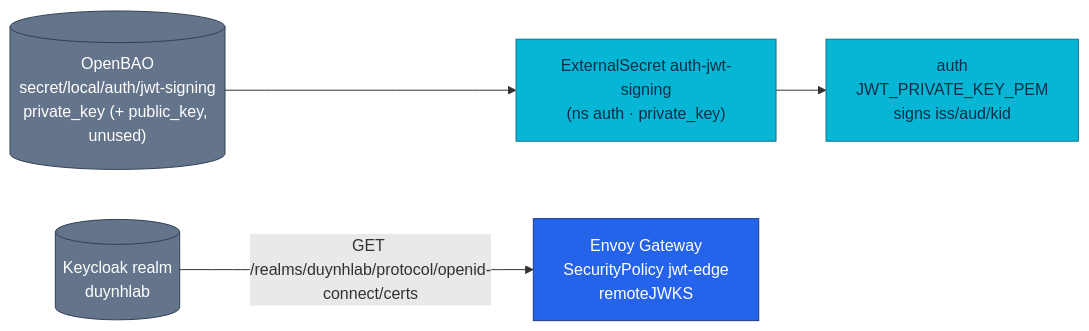
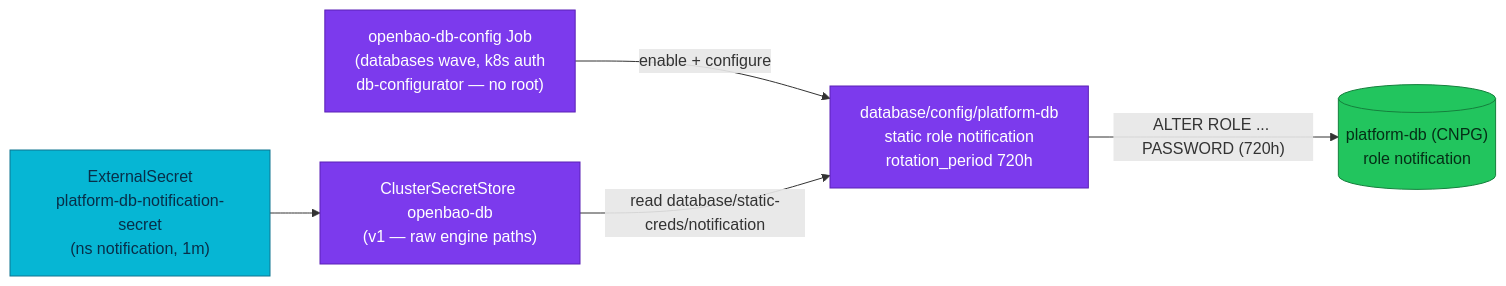
The eighth of 19 diagrams in docs/secrets/openbao.md (duynhlab/homelab), drawn with Mermaid before and after one commit. The commit also changed other lines of this file and 18 other files, not shown here.

````diff
--- a/docs/secrets/openbao.md
+++ b/docs/secrets/openbao.md
@@ -396,15 +431,17 @@
 ```mermaid
 flowchart LR
-  KV[("OpenBAO<br/>secret/local/auth/jwt-signing<br/>private_key (+ public_key, unused)")]
-  ES1["ExternalSecret auth-jwt-signing<br/>(ns auth · private_key)"]
-  AUTH["auth<br/>JWT_PRIVATE_KEY_PEM<br/>signs iss/aud/kid"]
-  KC[("Keycloak realm<br/>duynhlab")]
-  EDGE["Envoy Gateway<br/>SecurityPolicy jwt-edge<br/>remoteJWKS"]
-  KV --> ES1 --> AUTH
-  KC -->|"GET /realms/duynhlab/protocol/openid-connect/certs"| EDGE
+    job["openbao-db-config Job<br/>(databases wave, k8s auth<br/>db-configurator — no root)"]:::platform
+    eng["database/config/platform-db<br/>static role notification<br/>rotation_period 720h"]:::platform
+    pg[("platform-db (CNPG)<br/>role notification")]:::data
+    store["ClusterSecretStore openbao-db<br/>(v1 — raw engine paths)"]:::platform
+    es["ExternalSecret<br/>platform-db-notification-secret<br/>(ns notification, 1m)"]:::service
 
-  classDef external fill:#64748b,color:#fff,stroke:#334155;
-  classDef service fill:#06b6d4,color:#082f49,stroke:#0e7490;
-  classDef edge fill:#2563eb,color:#fff,stroke:#1e3a8a;
-  class KV,KC external; class ES1,AUTH service; class EDGE edge;
+    job -->|"enable + configure"| eng
+    eng -->|"ALTER ROLE ... PASSWORD (720h)"| pg
+    store -->|"read database/static-creds/notification"| eng
+    es --> store
+
+    classDef service fill:#06b6d4,color:#082f49,stroke:#0e7490;
+    classDef platform fill:#7c3aed,color:#fff,stroke:#5b21b6;
+    classDef data fill:#22c55e,color:#052e16,stroke:#15803d;
 ```
````
